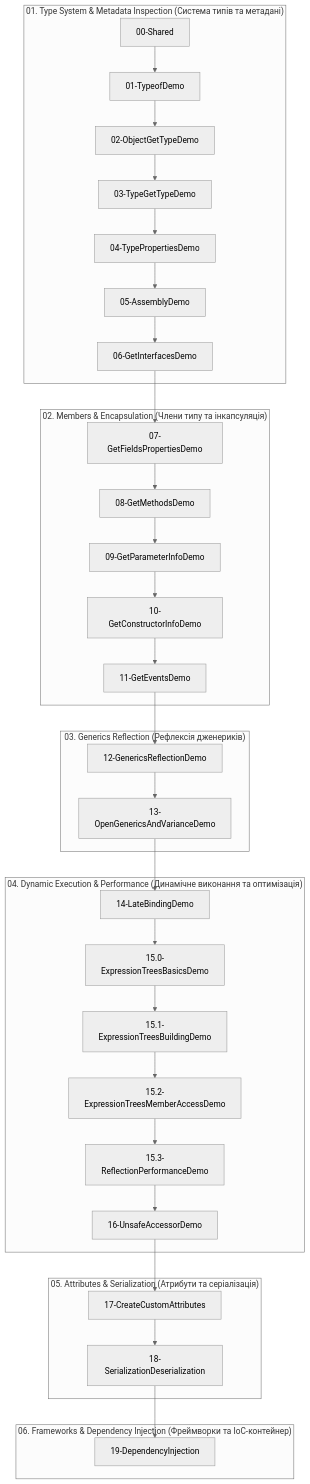
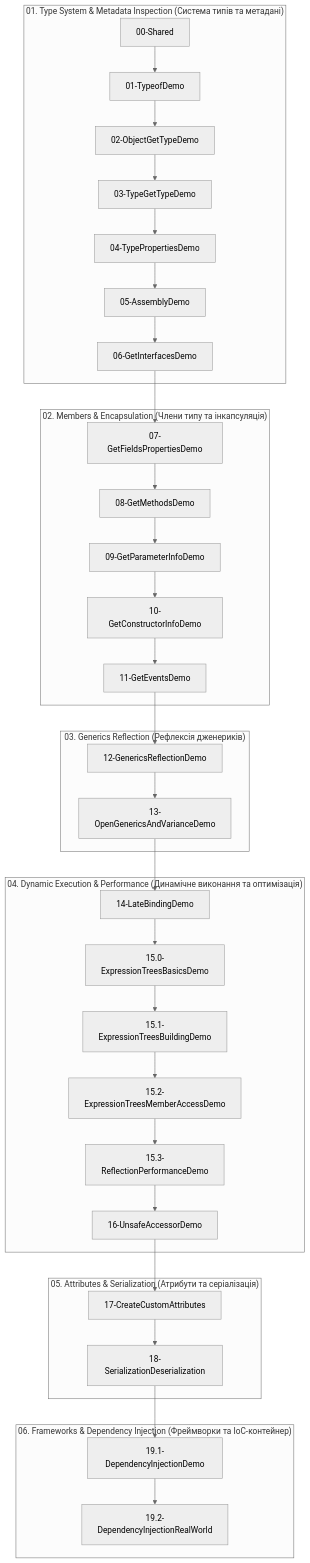
Before and after one commit to MrTomkaYurii/CSharp-OOP-Mastery: the diagram in 06-Advanced-DotNet/02-Reflection-And-Metadata/README.md, drawn with Mermaid (neutral theme). The commit also changed other lines of this file and 36 other files, not shown here.

Commit message:
feat(di): introduce didactic 19.1-DependencyInjectionDemo for students and rename 19.2-DependencyInjectionRealWorld

````diff
--- a/06-Advanced-DotNet/02-Reflection-And-Metadata/README.md
+++ b/06-Advanced-DotNet/02-Reflection-And-Metadata/README.md
@@ -28,66 +28,68 @@
 ```mermaid
 graph TD
     subgraph S1["01. Type System & Metadata Inspection (Система типів та метадані)"]
         P0["00-Shared"]
         P1["01-TypeofDemo"]
         P2["02-ObjectGetTypeDemo"]
         P3["03-TypeGetTypeDemo"]
         P4["04-TypePropertiesDemo"]
         P5["05-AssemblyDemo"]
         P6["06-GetInterfacesDemo"]
     end
 
     subgraph S2["02. Members & Encapsulation (Члени типу та інкапсуляція)"]
         P7["07-GetFieldsPropertiesDemo"]
         P8["08-GetMethodsDemo"]
         P9["09-GetParameterInfoDemo"]
         P10["10-GetConstructorInfoDemo"]
         P11["11-GetEventsDemo"]
     end
 
     subgraph S3["03. Generics Reflection (Рефлексія дженериків)"]
         P12["12-GenericsReflectionDemo"]
         P13["13-OpenGenericsAndVarianceDemo"]
     end
 
     subgraph S4["04. Dynamic Execution & Performance (Динамічне виконання та оптимізація)"]
         P14["14-LateBindingDemo"]
         P15_0["15.0-ExpressionTreesBasicsDemo"]
         P15_1["15.1-ExpressionTreesBuildingDemo"]
         P15_2["15.2-ExpressionTreesMemberAccessDemo"]
         P15_3["15.3-ReflectionPerformanceDemo"]
         P16["16-UnsafeAccessorDemo"]
     end
 
     subgraph S5["05. Attributes & Serialization (Атрибути та серіалізація)"]
         P17["17-CreateCustomAttributes"]
         P18["18-SerializationDeserialization"]
     end
 
     subgraph S6["06. Frameworks & Dependency Injection (Фреймворки та IoC-контейнер)"]
-        P19["19-DependencyInjection"]
+        P19_1["19.1-DependencyInjectionDemo"]
+        P19_2["19.2-DependencyInjectionRealWorld"]
     end
 
     P0 --> P1
     P1 --> P2
     P2 --> P3
     P3 --> P4
     P4 --> P5
     P5 --> P6
     P6 --> P7
     P7 --> P8
     P8 --> P9
     P9 --> P10
     P10 --> P11
     P11 --> P12
     P12 --> P13
     P13 --> P14
     P14 --> P15_0
     P15_0 --> P15_1
     P15_1 --> P15_2
     P15_2 --> P15_3
     P15_3 --> P16
     P16 --> P17
     P17 --> P18
-    P18 --> P19
+    P18 --> P19_1
+    P19_1 --> P19_2
 ```
````
